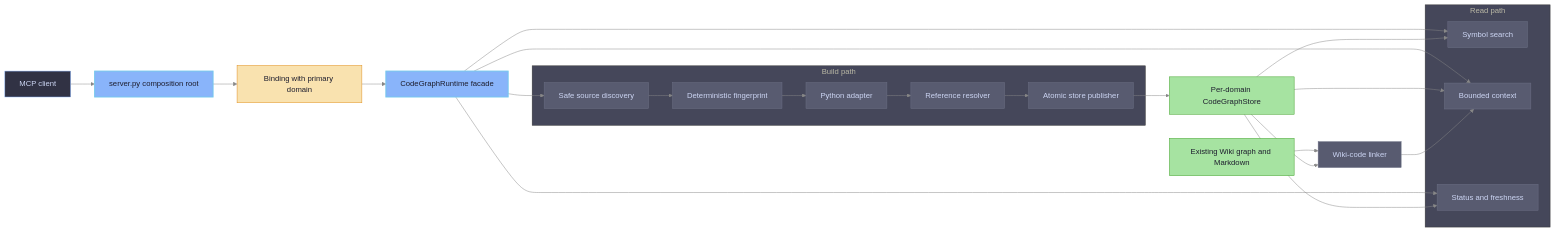
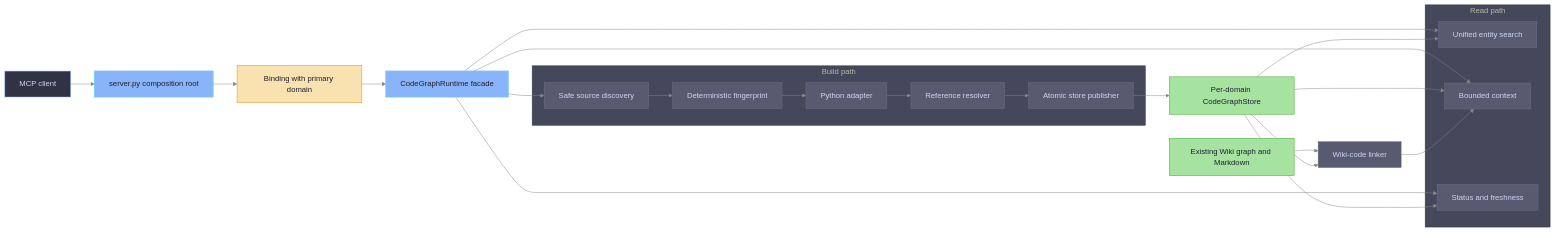
Before and after one commit to ikeniborn/iwiki-mcp: the first of 3 diagrams in docs/superpowers/specs/2026-08-09-iwiki-mcp-code-graph-design.md, drawn with Mermaid. The commit also changed other lines of this file and 4 other files, not shown here.

First line of the commit message:
docs(codegraph): approve schema v2 design

````diff
--- a/docs/superpowers/specs/2026-08-09-iwiki-mcp-code-graph-design.md
+++ b/docs/superpowers/specs/2026-08-09-iwiki-mcp-code-graph-design.md
@@ -149,41 +224,41 @@
 ```mermaid
 %%{init: {'theme': 'base', 'themeVariables': {'background': '#1e1e2e', 'primaryColor': '#313244', 'primaryTextColor': '#cdd6f4', 'primaryBorderColor': '#89b4fa', 'lineColor': '#888888', 'secondaryColor': '#181825', 'tertiaryColor': '#45475a'}}}%%
 flowchart LR
     Client["MCP client"] --> Server["server.py composition root"]
     Server --> Binding["Binding with primary domain"]
     Binding --> Runtime["CodeGraphRuntime facade"]
 
     subgraph BuildPath["Build path"]
         Discovery["Safe source discovery"] --> Fingerprint["Deterministic fingerprint"]
         Fingerprint --> Adapter["Python adapter"]
         Adapter --> Resolver["Reference resolver"]
         Resolver --> Publisher["Atomic store publisher"]
     end
 
     subgraph ReadPath["Read path"]
-        Search["Symbol search"]
+        Search["Unified entity search"]
         Context["Bounded context"]
         Status["Status and freshness"]
     end
 
     Runtime --> Discovery
     Publisher --> Store["Per-domain CodeGraphStore"]
     Runtime --> Search
     Runtime --> Context
     Runtime --> Status
     Store --> Search
     Store --> Context
     Store --> Status
     Wiki["Existing Wiki graph and Markdown"] --> Linker["Wiki-code linker"]
     Store --> Linker
     Linker --> Context
 
     classDef primary fill:#89b4fa,color:#1e1e2e,stroke:#74c7ec,stroke-width:2px
     classDef success fill:#a6e3a1,color:#1e1e2e,stroke:#40a02b
     classDef warning fill:#f9e2af,color:#1e1e2e,stroke:#df8e1d
     classDef neutral fill:#585b70,color:#cdd6f4,stroke:#6c7086
     class Server,Runtime primary
     class Store,Wiki success
     class Binding warning
     class Discovery,Fingerprint,Adapter,Resolver,Publisher,Search,Context,Status,Linker neutral
 ```
````
